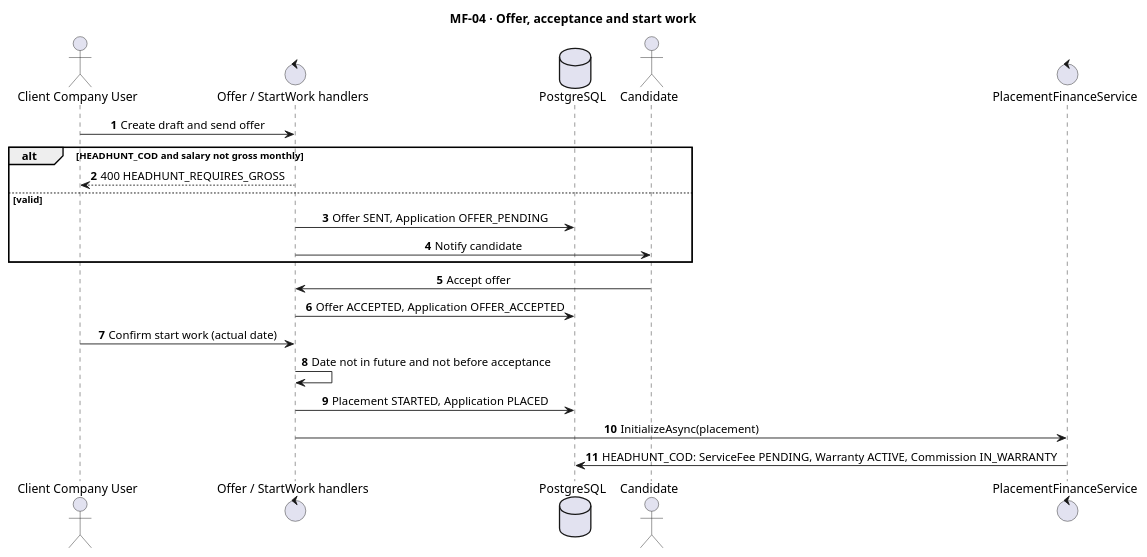
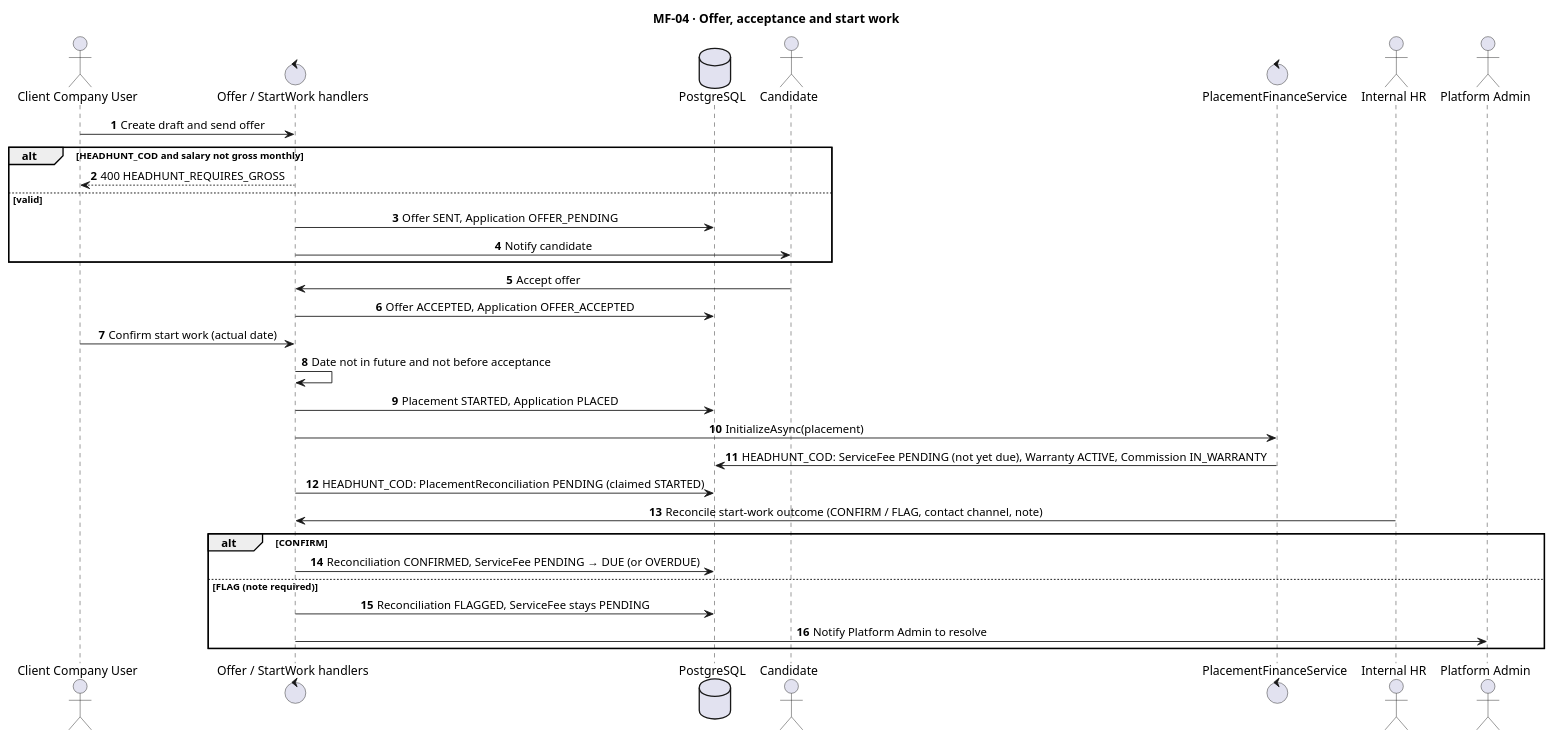
One commit to hoangqui794/hr-connect changed the diagram in docs/diagrams/sequences/source/seq-mf04-offer-start-work.puml. Above: the diagram before and after it, drawn with PlantUML. The commit also changed 20 other files, not shown here.

First line of the commit message:
docs(diagrams): add placement reconciliation to MF-04/MF-05 diagrams and Report 4

```diff
--- a/docs/diagrams/sequences/source/seq-mf04-offer-start-work.puml
+++ b/docs/diagrams/sequences/source/seq-mf04-offer-start-work.puml
@@ -1,24 +1,34 @@
 @startuml seq-mf04-offer-start-work
 autonumber
 skinparam sequenceMessageAlign center
 title MF-04 · Offer, acceptance and start work
 actor "Client Company User" as CL
 control "Offer / StartWork handlers" as H
 database "PostgreSQL" as DB
 actor "Candidate" as CA
 control "PlacementFinanceService" as F
+actor "Internal HR" as HR
+actor "Platform Admin" as AD
 CL -> H : Create draft and send offer
 alt HEADHUNT_COD and salary not gross monthly
 H --> CL : 400 HEADHUNT_REQUIRES_GROSS
 else valid
 H -> DB : Offer SENT, Application OFFER_PENDING
 H -> CA : Notify candidate
 end
 CA -> H : Accept offer
 H -> DB : Offer ACCEPTED, Application OFFER_ACCEPTED
 CL -> H : Confirm start work (actual date)
 H -> H : Date not in future and not before acceptance
 H -> DB : Placement STARTED, Application PLACED
 H -> F : InitializeAsync(placement)
-F -> DB : HEADHUNT_COD: ServiceFee PENDING, Warranty ACTIVE, Commission IN_WARRANTY
+F -> DB : HEADHUNT_COD: ServiceFee PENDING (not yet due), Warranty ACTIVE, Commission IN_WARRANTY
+H -> DB : HEADHUNT_COD: PlacementReconciliation PENDING (claimed STARTED)
+HR -> H : Reconcile start-work outcome (CONFIRM / FLAG, contact channel, note)
+alt CONFIRM
+H -> DB : Reconciliation CONFIRMED, ServiceFee PENDING → DUE (or OVERDUE)
+else FLAG (note required)
+H -> DB : Reconciliation FLAGGED, ServiceFee stays PENDING
+H -> AD : Notify Platform Admin to resolve
+end
 @enduml
```
